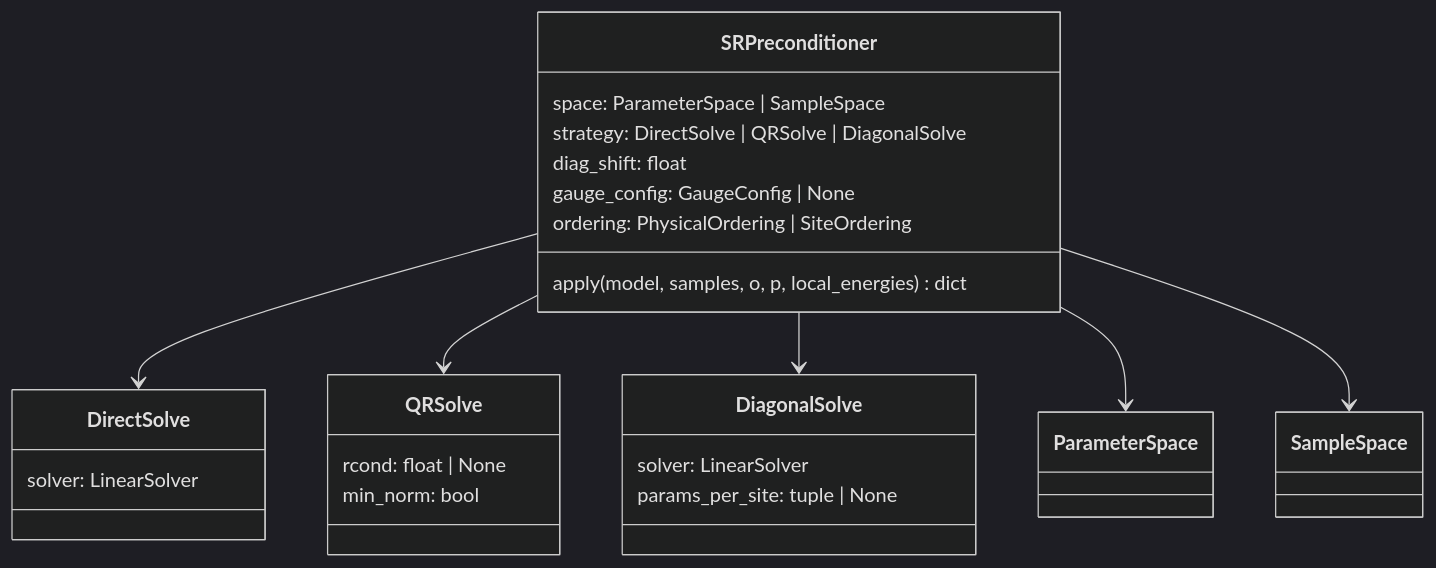
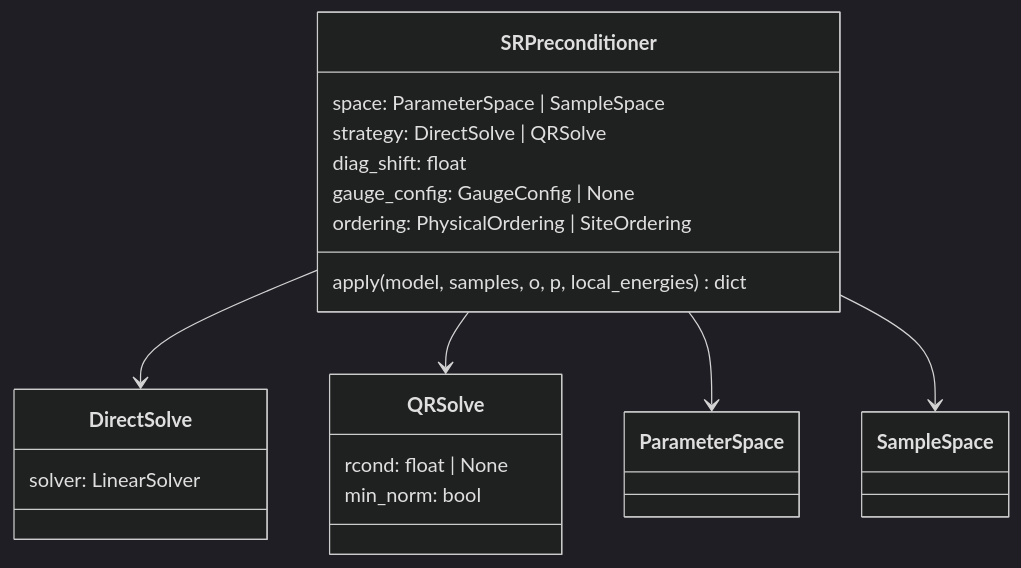
The second of 4 diagrams in DESIGN.md (fliingelephant/VMC), drawn with Mermaid (dark theme) before and after one commit. The commit also changed other lines of this file and 14 other files, not shown here.

````diff
--- a/DESIGN.md
+++ b/DESIGN.md
@@ -116,29 +105,24 @@
 ```mermaid
 classDiagram
     class DirectSolve {
         solver: LinearSolver
     }
     class QRSolve {
         rcond: float | None
         min_norm: bool
     }
-    class DiagonalSolve {
-        solver: LinearSolver
-        params_per_site: tuple | None
-    }
 
     class SRPreconditioner {
         space: ParameterSpace | SampleSpace
-        strategy: DirectSolve | QRSolve | DiagonalSolve
+        strategy: DirectSolve | QRSolve
         diag_shift: float
         gauge_config: GaugeConfig | None
         ordering: PhysicalOrdering | SiteOrdering
         apply(model, samples, o, p, local_energies) dict
     }
 
     SRPreconditioner --> DirectSolve
     SRPreconditioner --> QRSolve
-    SRPreconditioner --> DiagonalSolve
     SRPreconditioner --> ParameterSpace
     SRPreconditioner --> SampleSpace
 ```
````
